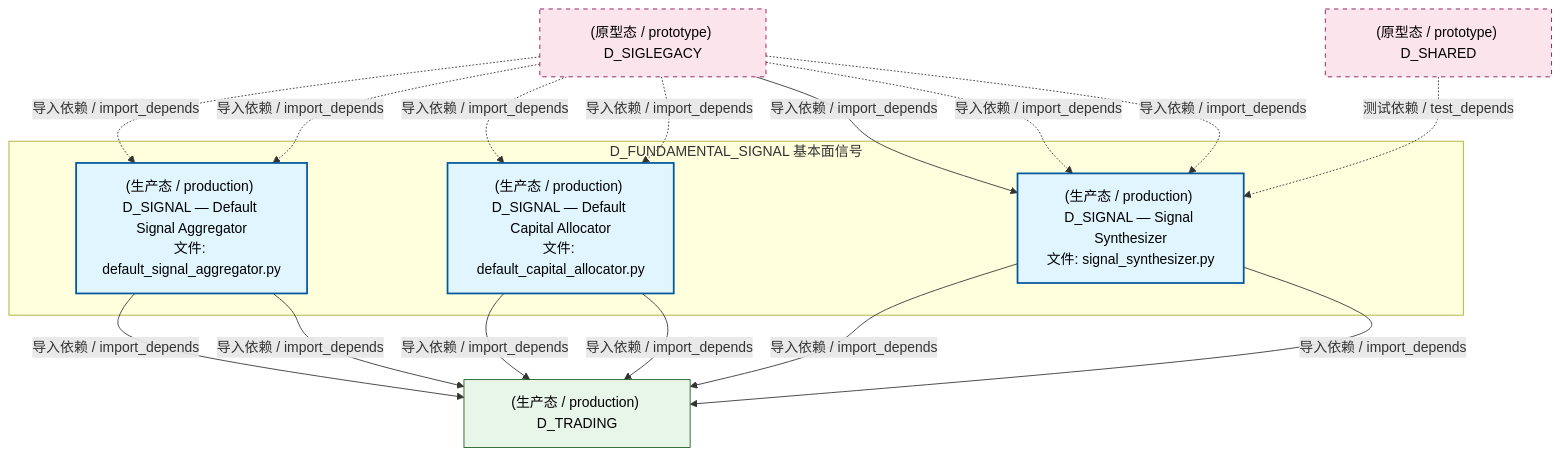
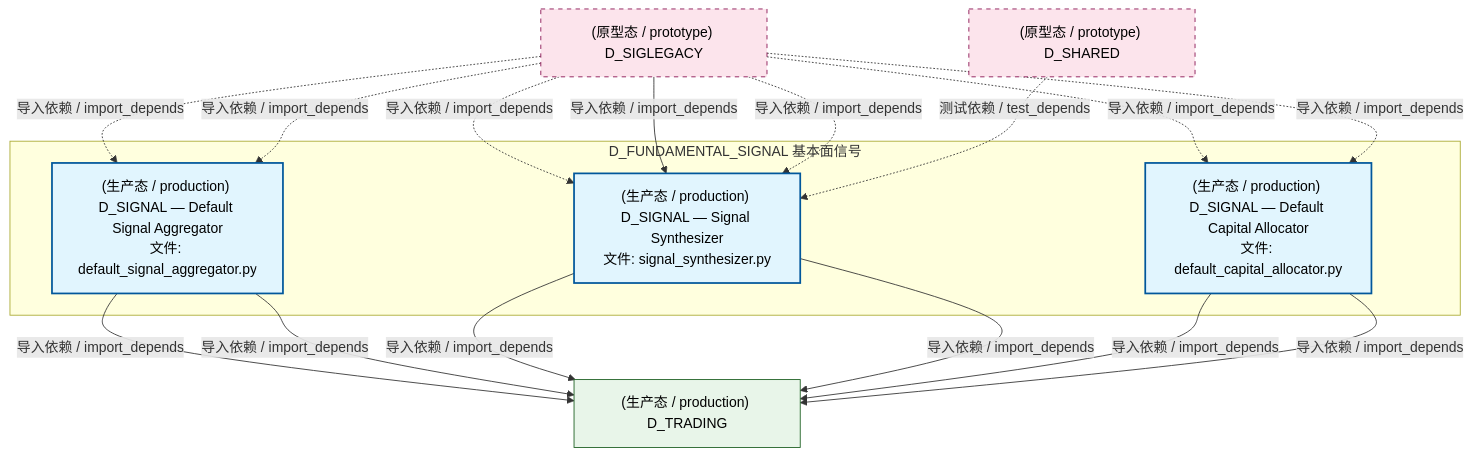
The second of 4 diagrams in docs/02_enterprise_architecture/02_domain_architecture_docs/37_d_fundamental_signal.md (xuanFelixVan/ZephyrAlpha), drawn with Mermaid before and after one commit. The commit also changed other lines of this file and 124 other files, not shown here.

````diff
--- a/docs/02_enterprise_architecture/02_domain_architecture_docs/37_d_fundamental_signal.md
+++ b/docs/02_enterprise_architecture/02_domain_architecture_docs/37_d_fundamental_signal.md
@@ -136,32 +134,32 @@
 ```mermaid
 graph TD
     subgraph D_FUNDAMENTAL_SIGNAL["D_FUNDAMENTAL_SIGNAL 基本面信号"]
         src_zephyr_signal_fundamental_gen_implementations_default_signal_aggregator_py["(生产态 / production) D_SIGNAL — Default Signal Aggregator<br/>文件: default_signal_aggregator.py"]
         src_zephyr_signal_fundamental_strategy_implementations_default_capital_allocator_py["(生产态 / production) D_SIGNAL — Default Capital Allocator<br/>文件: default_capital_allocator.py"]
         src_zephyr_signal_fundamental_synth_signal_synthesizer_py["(生产态 / production) D_SIGNAL — Signal Synthesizer<br/>文件: signal_synthesizer.py"]
     end
     D_TRADING["(生产态 / production) D_TRADING"]
     src_zephyr_signal_fundamental_gen_implementations_default_signal_aggregator_py -->|导入依赖 / import_depends| D_TRADING
     src_zephyr_signal_fundamental_gen_implementations_default_signal_aggregator_py -->|导入依赖 / import_depends| D_TRADING
+    src_zephyr_signal_fundamental_synth_signal_synthesizer_py -->|导入依赖 / import_depends| D_TRADING
+    src_zephyr_signal_fundamental_synth_signal_synthesizer_py -->|导入依赖 / import_depends| D_TRADING
     src_zephyr_signal_fundamental_strategy_implementations_default_capital_allocator_py -->|导入依赖 / import_depends| D_TRADING
     src_zephyr_signal_fundamental_strategy_implementations_default_capital_allocator_py -->|导入依赖 / import_depends| D_TRADING
-    src_zephyr_signal_fundamental_synth_signal_synthesizer_py -->|导入依赖 / import_depends| D_TRADING
-    src_zephyr_signal_fundamental_synth_signal_synthesizer_py -->|导入依赖 / import_depends| D_TRADING
     D_SIGLEGACY["(原型态 / prototype) D_SIGLEGACY"]
     D_SIGLEGACY -.->|导入依赖 / import_depends| src_zephyr_signal_fundamental_gen_implementations_default_signal_aggregator_py
     D_SIGLEGACY -.->|导入依赖 / import_depends| src_zephyr_signal_fundamental_gen_implementations_default_signal_aggregator_py
-    D_SIGLEGACY -.->|导入依赖 / import_depends| src_zephyr_signal_fundamental_strategy_implementations_default_capital_allocator_py
-    D_SIGLEGACY -.->|导入依赖 / import_depends| src_zephyr_signal_fundamental_strategy_implementations_default_capital_allocator_py
+    D_SIGLEGACY -.->|导入依赖 / import_depends| src_zephyr_signal_fundamental_synth_signal_synthesizer_py
     D_SIGLEGACY -->|导入依赖 / import_depends| src_zephyr_signal_fundamental_synth_signal_synthesizer_py
-    D_SIGLEGACY -.->|导入依赖 / import_depends| src_zephyr_signal_fundamental_synth_signal_synthesizer_py
     D_SIGLEGACY -.->|导入依赖 / import_depends| src_zephyr_signal_fundamental_synth_signal_synthesizer_py
     D_SHARED["(原型态 / prototype) D_SHARED"]
     D_SHARED -.->|测试依赖 / test_depends| src_zephyr_signal_fundamental_synth_signal_synthesizer_py
+    D_SIGLEGACY -.->|导入依赖 / import_depends| src_zephyr_signal_fundamental_strategy_implementations_default_capital_allocator_py
+    D_SIGLEGACY -.->|导入依赖 / import_depends| src_zephyr_signal_fundamental_strategy_implementations_default_capital_allocator_py
     classDef production fill:#e1f5fe,stroke:#01579b,stroke-width:2px,color:#000
     classDef design fill:#fff3e0,stroke:#e65100,stroke-width:2px,color:#000,stroke-dasharray: 5 5
     classDef external_prod fill:#e8f5e9,stroke:#1b5e20,stroke-width:1px,color:#000
     classDef external_design fill:#fce4ec,stroke:#880e4f,stroke-width:1px,color:#000,stroke-dasharray: 5 5
     class src_zephyr_signal_fundamental_gen_implementations_default_signal_aggregator_py,src_zephyr_signal_fundamental_strategy_implementations_default_capital_allocator_py,src_zephyr_signal_fundamental_synth_signal_synthesizer_py production
     class D_TRADING external_prod
     class D_SIGLEGACY,D_SHARED external_design
 ```
````
